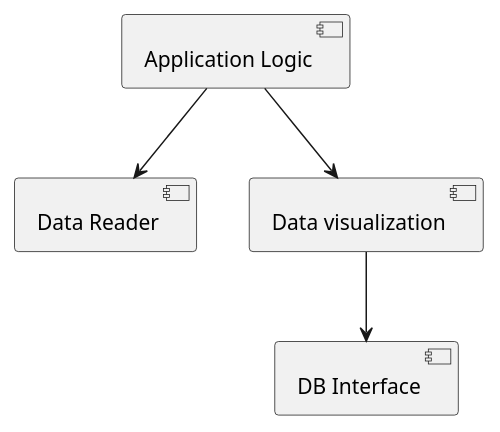
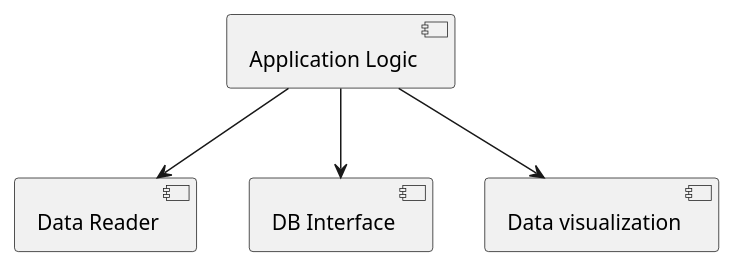
Before and after one commit to n0ll4k/bahama-mama-telemetry: the diagram in docs/design/bmt_evaluation_components.puml, drawn with PlantUML.

Commit message:
Corrected components view.

```diff
--- a/docs/design/bmt_evaluation_components.puml
+++ b/docs/design/bmt_evaluation_components.puml
@@ -1,13 +1,13 @@
 @startuml Bahama Mama Telemetry Evaluation Components
 
 [Data Reader] as reader
 [DB Interface] as db_if
 [Data visualization] as visualizer
 [Application Logic] as app_logic
 
 
 app_logic -d-> visualizer
 app_logic -d-> reader
 
-visualizer --> db_if
+app_logic --> db_if
 @enduml
```
